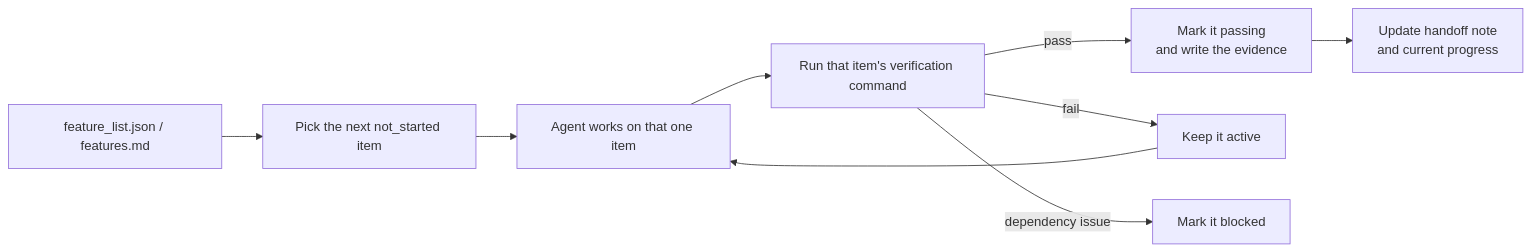
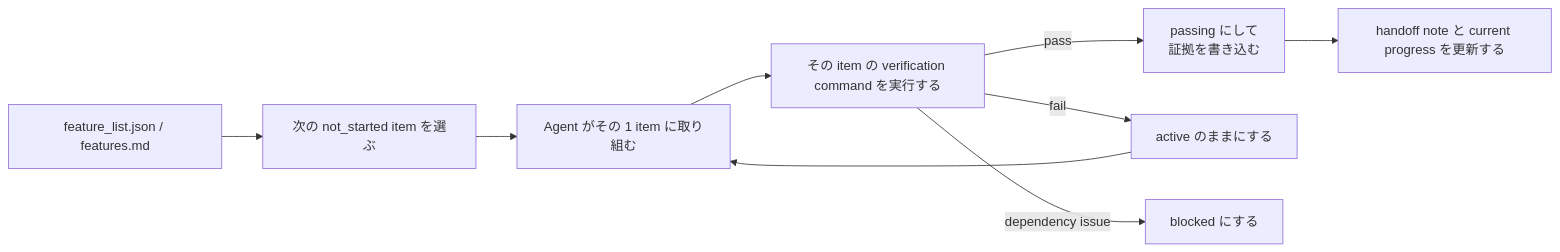
One commit to mkusaka/learn-harness-engineering changed the second of 2 diagrams in docs/en/lectures/lecture-08-why-feature-lists-are-harness-primitives/index.md. Above: the diagram before and after it, drawn with Mermaid. The commit also changed other lines of this file and 571 other files, not shown here.

````diff
--- a/docs/en/lectures/lecture-08-why-feature-lists-are-harness-primitives/index.md
+++ b/docs/en/lectures/lecture-08-why-feature-lists-are-harness-primitives/index.md
@@ -40,11 +40,11 @@
 ```mermaid
 flowchart LR
-    List["feature_list.json / features.md"] --> Scheduler["Pick the next not_started item"]
-    Scheduler --> Agent["Agent works on that one item"]
-    Agent --> Verifier["Run that item's verification command"]
-    Verifier -->|pass| Passing["Mark it passing<br/>and write the evidence"]
-    Verifier -->|fail| Active["Keep it active"]
-    Verifier -->|dependency issue| Blocked["Mark it blocked"]
-    Passing --> Handoff["Update handoff note<br/>and current progress"]
+    List["feature_list.json / features.md"] --> Scheduler["次の not_started item を選ぶ"]
+    Scheduler --> Agent["Agent がその 1 item に取り組む"]
+    Agent --> Verifier["その item の verification command を実行する"]
+    Verifier -->|pass| Passing["passing にして<br/>証拠を書き込む"]
+    Verifier -->|fail| Active["active のままにする"]
+    Verifier -->|dependency issue| Blocked["blocked にする"]
+    Passing --> Handoff["handoff note と current progress を更新する"]
     Active --> Agent
 ```
````
